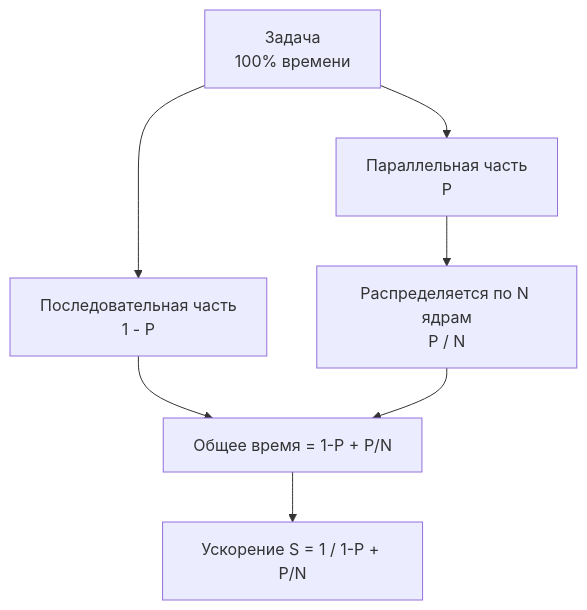
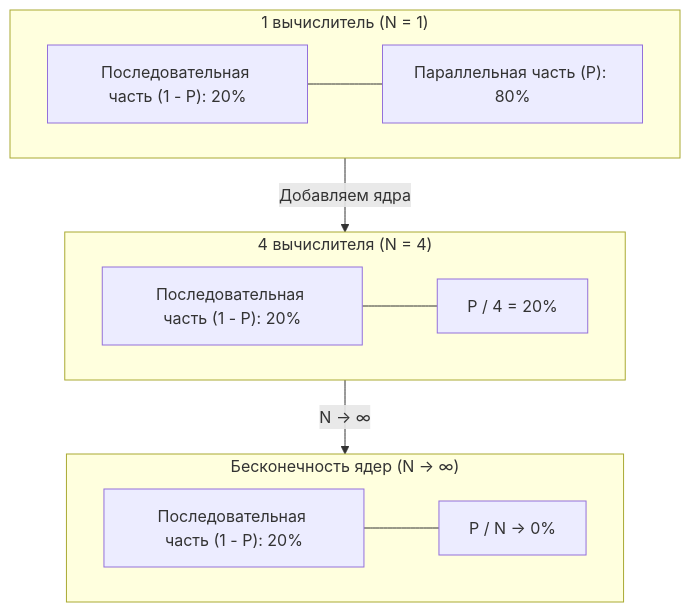
One commit to UnrealTemplier/go-textbook changed the first of 3 diagrams in sources/16. Профилирование, отладка и производительность/01. Фундамент/4. Amdahl law и масштабирование.md. Above: the diagram before and after it, drawn with Mermaid. The commit also changed other lines of this file, not shown here.

````diff
--- a/sources/16. Профилирование, отладка и производительность/01. Фундамент/4. Amdahl law и масштабирование.md
+++ b/sources/16. Профилирование, отладка и производительность/01. Фундамент/4. Amdahl law и масштабирование.md
@@ -27,9 +60,23 @@
 ```mermaid
 flowchart TD
-    A["Задача<br>100% времени"] --> B["Последовательная часть<br>1 - P"]
-    A --> C["Параллельная часть<br>P"]
-    C --> D["Распределяется по N ядрам<br>P / N"]
-    B --> E["Общее время = 1-P + P/N"]
-    D --> E
-    E --> F["Ускорение S = 1 / 1-P + P/N"]
+    subgraph SingleCore["1 вычислитель (N = 1)"]
+        A1["Последовательная часть (1 - P): 20%"]
+        A2["Параллельная часть (P): 80%"]
+        A1 --- A2
+    end
+
+    subgraph FourCores["4 вычислителя (N = 4)"]
+        B1["Последовательная часть (1 - P): 20%"]
+        B2["P / 4 = 20%"]
+        B1 --- B2
+    end
+
+    subgraph InfiniteCores["Бесконечность ядер (N -> ∞)"]
+        C1["Последовательная часть (1 - P): 20%"]
+        C2["P / N -> 0%"]
+        C1 --- C2
+    end
+
+    SingleCore -->|"Добавляем ядра"| FourCores
+    FourCores -->|"N -> ∞"| InfiniteCores
 ```
````
